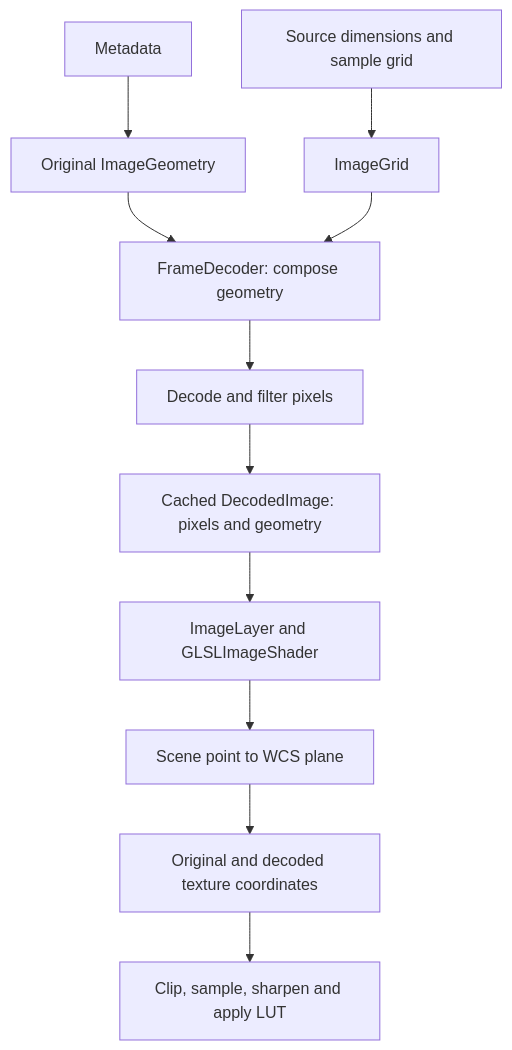
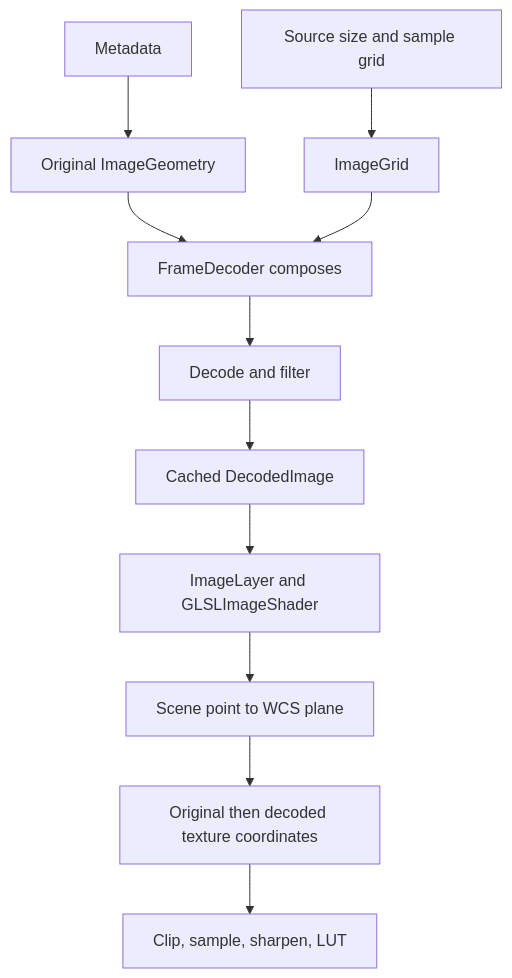
The diagram in docs/image-coordinates.md (Helioviewer-Project/JHelioviewer-SWHV), drawn with Mermaid before and after one commit. The commit also changed other lines of this file and 6 other files, not shown here.

````diff
--- a/docs/image-coordinates.md
+++ b/docs/image-coordinates.md
@@ -124,13 +121,13 @@
 ```mermaid
 flowchart TD
     M[Metadata] --> O[Original ImageGeometry]
-    N[Source dimensions and sample grid] --> G[ImageGrid]
-    O --> D[FrameDecoder: compose geometry]
+    N[Source size and sample grid] --> G[ImageGrid]
+    O --> D[FrameDecoder composes]
     G --> D
-    D --> F[Decode and filter pixels]
-    F --> C[Cached DecodedImage: pixels and geometry]
+    D --> F[Decode and filter]
+    F --> C[Cached DecodedImage]
     C --> R[ImageLayer and GLSLImageShader]
     R --> S[Scene point to WCS plane]
-    S --> P[Original and decoded texture coordinates]
-    P --> T[Clip, sample, sharpen and apply LUT]
+    S --> P[Original then decoded texture coordinates]
+    P --> T[Clip, sample, sharpen, LUT]
 ```
````
